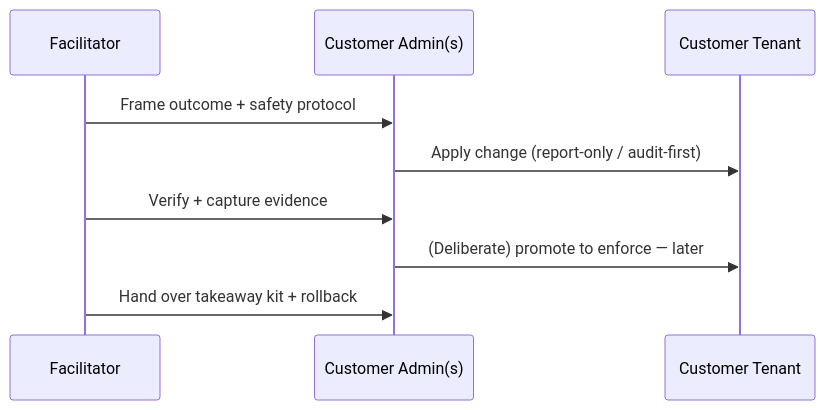
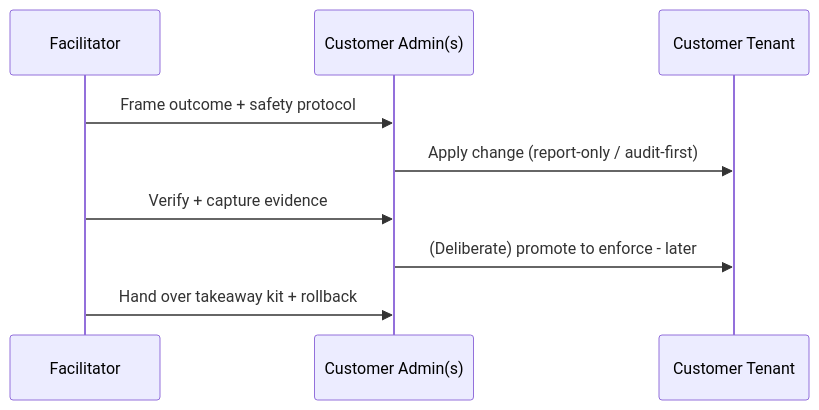
The diagram in docs/how-to-deliver.md (microsoft/frontier-ai-governance-rvas), drawn with Mermaid before and after one commit. The commit also changed other lines of this file and 12 other files, not shown here.

````diff
--- a/docs/how-to-deliver.md
+++ b/docs/how-to-deliver.md
@@ -12,11 +12,11 @@
 ```mermaid
 sequenceDiagram
     participant F as Facilitator
     participant A as Customer Admin(s)
     participant T as Customer Tenant
     F->>A: Frame outcome + safety protocol
     A->>T: Apply change (report-only / audit-first)
     F->>A: Verify + capture evidence
-    A->>T: (Deliberate) promote to enforce — later
+    A->>T: (Deliberate) promote to enforce - later
     F->>A: Hand over takeaway kit + rollback
 ```
````
